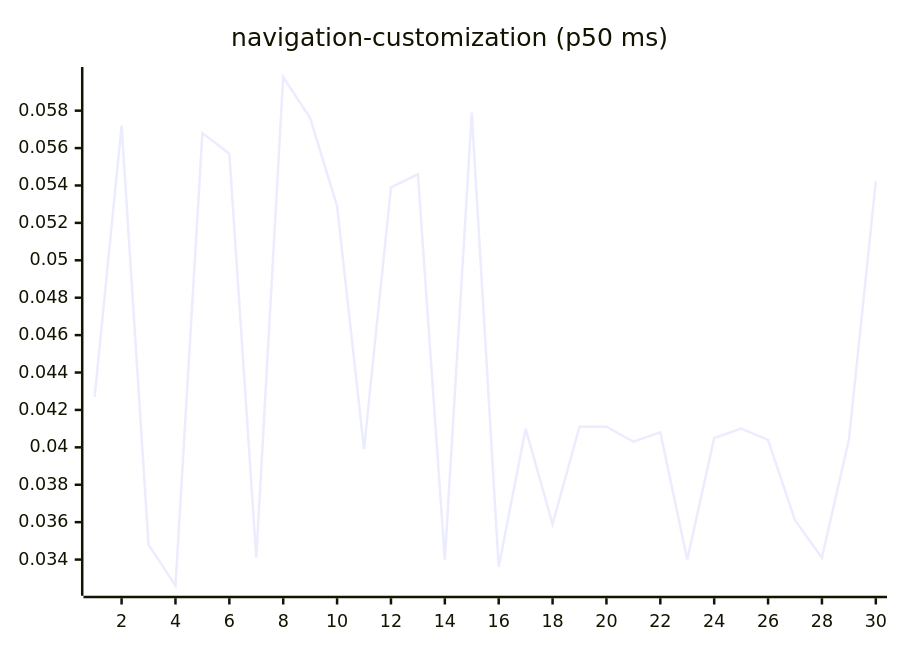
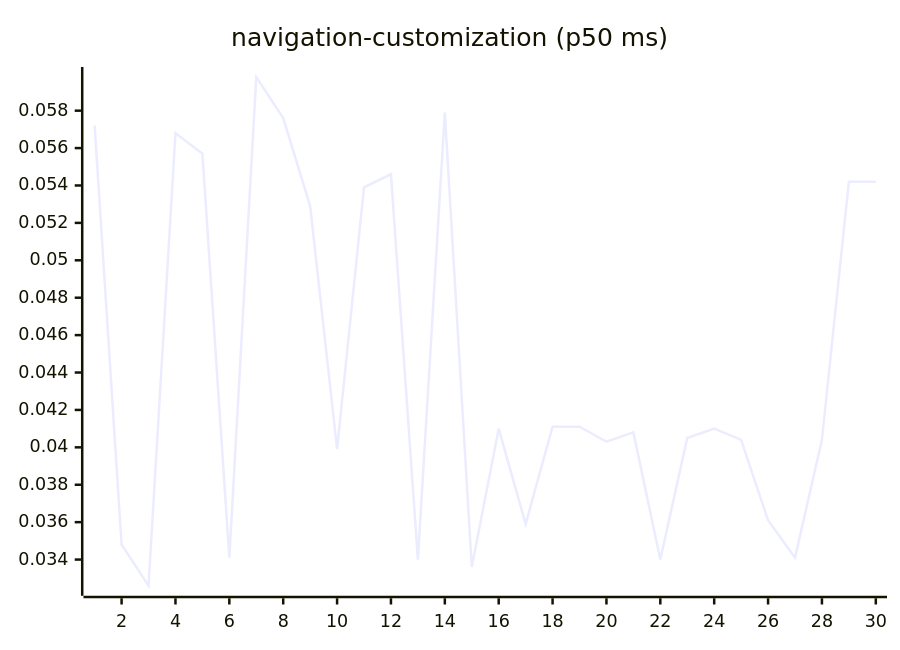
Before and after one commit to josha/Facet: diagram 15 of 27 in README.md, drawn with Mermaid. The commit also changed other lines of this file and 2 other files, not shown here.

````diff
--- a/README.md
+++ b/README.md
@@ -161,6 +161,6 @@
 ```mermaid
 xychart-beta
     title "navigation-customization (p50 ms)"
     x-axis 1 --> 30
-    line [0.0427, 0.0572, 0.0348, 0.0326, 0.0568, 0.0557, 0.0341, 0.0598, 0.0576, 0.0529, 0.0399, 0.0539, 0.0546, 0.0340, 0.0579, 0.0336, 0.0410, 0.0359, 0.0411, 0.0411, 0.0403, 0.0408, 0.0340, 0.0405, 0.0410, 0.0404, 0.0361, 0.0341, 0.0404, 0.0542]
+    line [0.0572, 0.0348, 0.0326, 0.0568, 0.0557, 0.0341, 0.0598, 0.0576, 0.0529, 0.0399, 0.0539, 0.0546, 0.0340, 0.0579, 0.0336, 0.0410, 0.0359, 0.0411, 0.0411, 0.0403, 0.0408, 0.0340, 0.0405, 0.0410, 0.0404, 0.0361, 0.0341, 0.0404, 0.0542, 0.0542]
 ```
````
